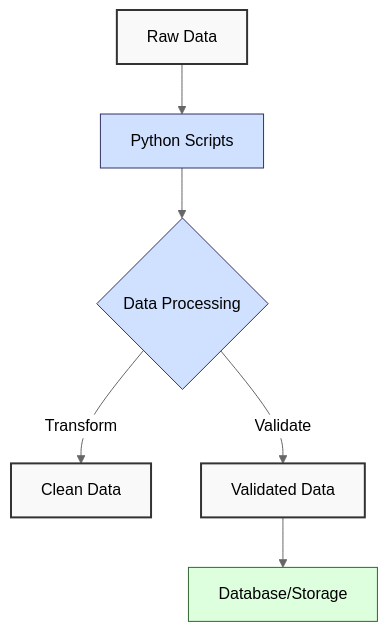
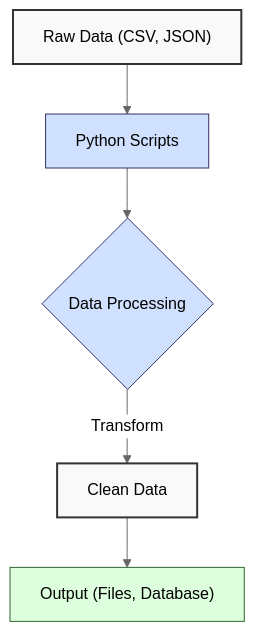
One commit to wahidyankf/oss changed the first of 5 diagrams in apps-standalone/ayokoding-web/content/en/learn/software-engineering/onboardings/hijra-data-engineering/ch01-python-core-language-essentials/_index.md. Above: the diagram before and after it, drawn with Mermaid (neutral theme). The commit also changed other lines of this file and 5 other files, not shown here.

````diff
--- a/apps-standalone/ayokoding-web/content/en/learn/software-engineering/onboardings/hijra-data-engineering/ch01-python-core-language-essentials/_index.md
+++ b/apps-standalone/ayokoding-web/content/en/learn/software-engineering/onboardings/hijra-data-engineering/ch01-python-core-language-essentials/_index.md
@@ -20,16 +20,15 @@
 ```mermaid
 flowchart TD
-    A[Raw Data] --> B[Python Scripts]
-    B --> C{Data Processing}
-    C -->|Transform| D[Clean Data]
-    C -->|Validate| E[Validated Data]
-    E --> F[Database/Storage]
+    A["Raw Data (CSV, JSON)"] --> B["Python Scripts"]
+    B --> C{"Data Processing"}
+    C -->|Transform| D["Clean Data"]
+    D --> E["Output (Files, Database)"]
 
     classDef data fill:#f9f9f9,stroke:#333,stroke-width:2px
     classDef process fill:#d0e0ff,stroke:#336,stroke-width:1px
-    classDef storage fill:#ddffdd,stroke:#363,stroke-width:1px
+    classDef output fill:#ddffdd,stroke:#363,stroke-width:1px
 
-    class A,D,E data
+    class A,D data
     class B,C process
-    class F storage
+    class E output
 ```
````
